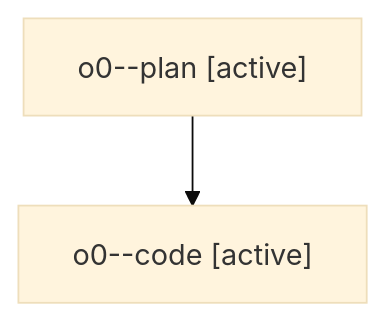
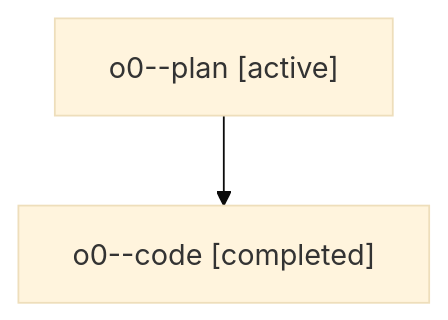
The diagram in families/bbugyi200.athena.o0.md (sase-org/sase--agents), drawn with Mermaid (base theme) before and after one commit. The commit also changed other lines of this file and 5813 other files, not shown here.

````diff
--- a/families/bbugyi200.athena.o0.md
+++ b/families/bbugyi200.athena.o0.md
@@ -9,6 +9,6 @@
 ```mermaid
 flowchart TD
   n0["o0--plan [active]"]
-  n1["o0--code [active]"]
+  n1["o0--code [completed]"]
   n0 --> n1
 ```
````
